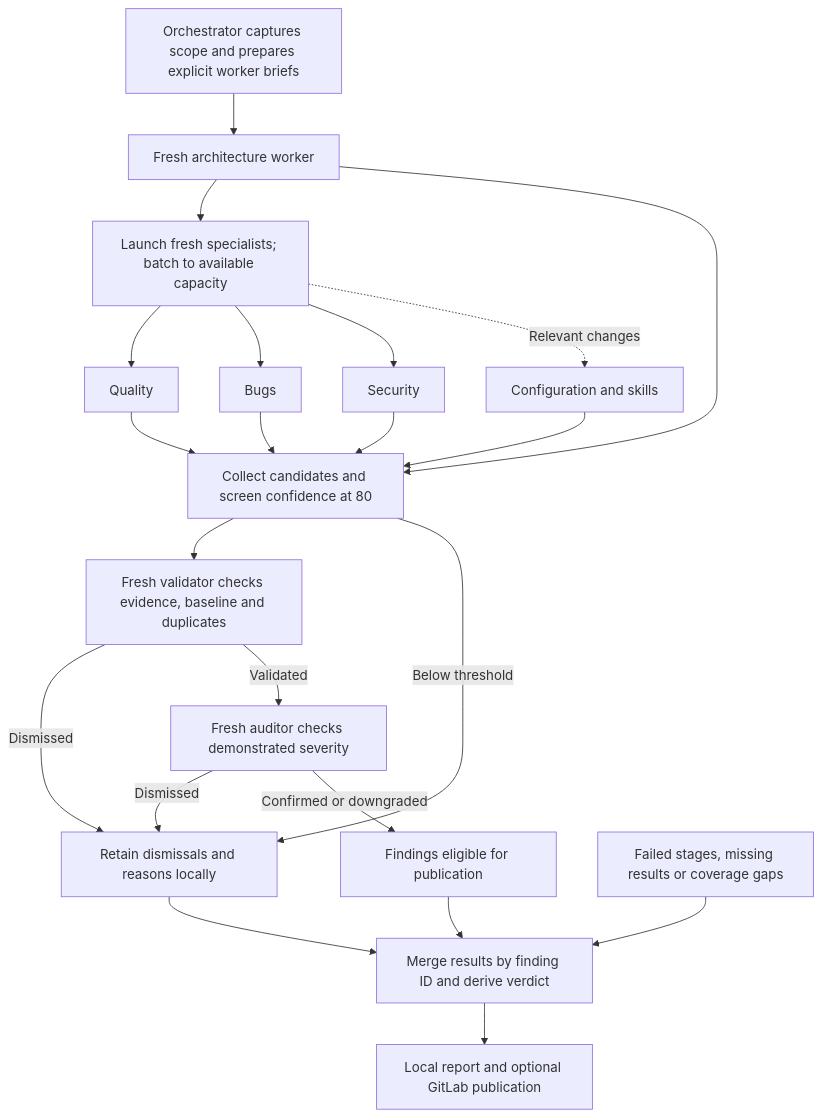
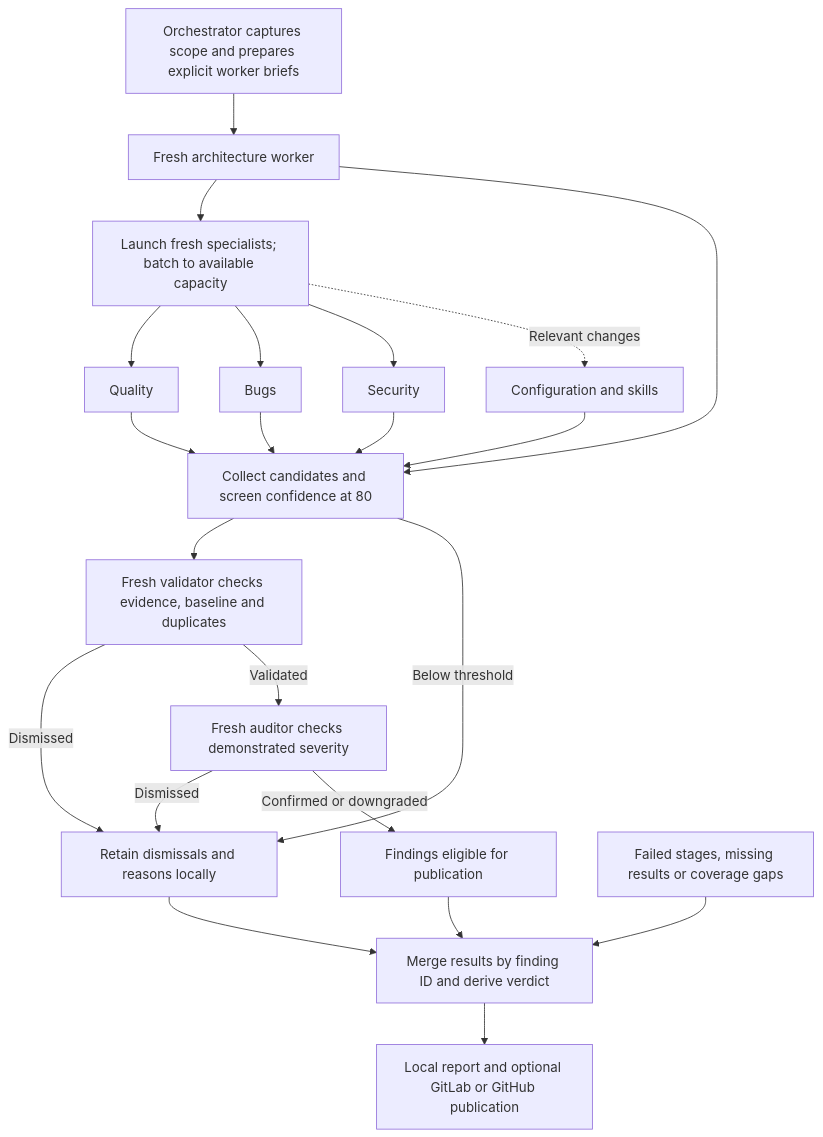
Before and after one commit to NoSugarCoffee/dotai: the second of 3 diagrams in skills/code/review-workflow/references/design.md, drawn with Mermaid. The commit also changed other lines of this file and 18 other files, not shown here.

Commit message:
feat(review): support GitHub PR capture and publishing

````diff
--- a/skills/code/review-workflow/references/design.md
+++ b/skills/code/review-workflow/references/design.md
@@ -39,24 +39,24 @@
 ```mermaid
 flowchart TD
     Scope["Orchestrator captures scope and prepares explicit worker briefs"] --> Architecture["Fresh architecture worker"]
     Architecture --> Dispatch["Launch fresh specialists; batch to available capacity"]
     Dispatch --> Quality["Quality"]
     Dispatch --> Bugs["Bugs"]
     Dispatch --> Security["Security"]
     Dispatch -. Relevant changes .-> Config["Configuration and skills"]
     Architecture --> Screen["Collect candidates and screen confidence at 80"]
     Quality --> Screen
     Bugs --> Screen
     Security --> Screen
     Config --> Screen
     Screen --> Validate["Fresh validator checks evidence, baseline and duplicates"]
     Screen -->|Below threshold| Dismiss["Retain dismissals and reasons locally"]
     Validate -->|Dismissed| Dismiss
     Validate -->|Validated| Audit["Fresh auditor checks demonstrated severity"]
     Audit -->|Dismissed| Dismiss
     Audit -->|Confirmed or downgraded| Findings["Findings eligible for publication"]
     Findings --> Report["Merge results by finding ID and derive verdict"]
     Dismiss --> Report
     Failures["Failed stages, missing results or coverage gaps"] --> Report
-    Report --> Output["Local report and optional GitLab publication"]
+    Report --> Output["Local report and optional GitLab or GitHub publication"]
 ```
````
